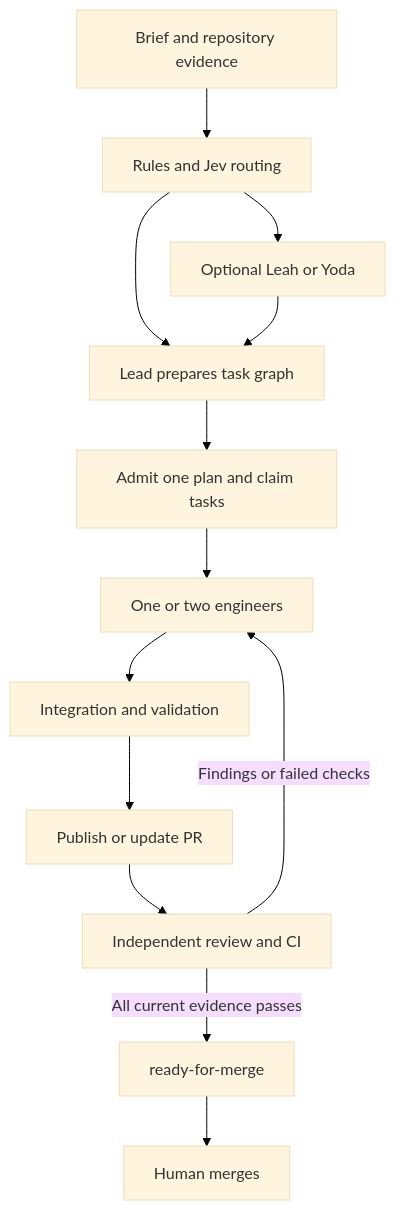
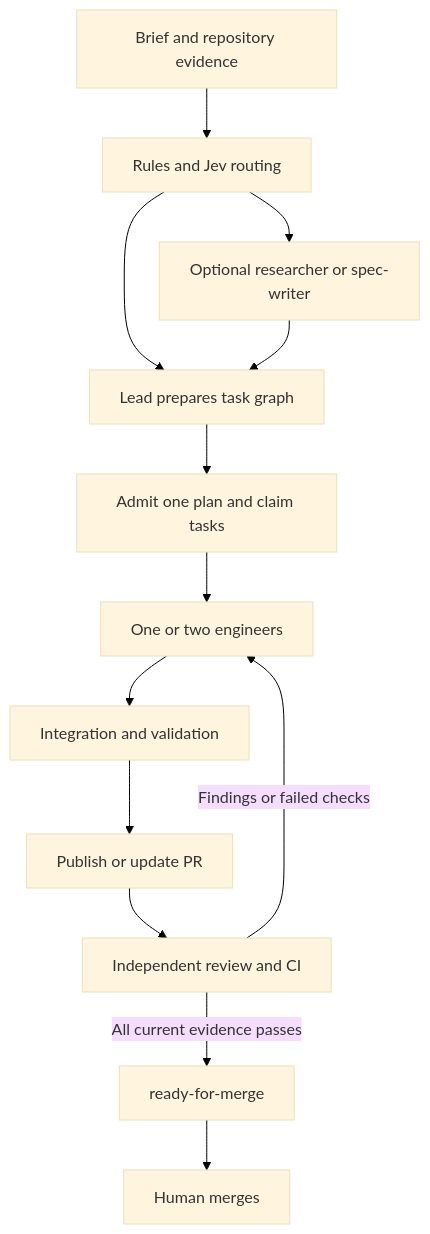
Before and after one commit to kigster/openlanes: the diagram in docs/software-factory-proposal.md, drawn with Mermaid. The commit also changed other lines of this file and 719 other files, not shown here.

````diff
--- a/docs/software-factory-proposal.md
+++ b/docs/software-factory-proposal.md
@@ -39,16 +39,16 @@
 ```mermaid
 %%{init: {"theme":"base","themeVariables":{"background":"#ffffff"},"flowchart":{"useMaxWidth":true},"themeCSS":"svg { background: #ffffff; max-width: 1000px; max-height: 600px; }"}}%%
 flowchart TB
   A[Brief and repository evidence] --> B[Rules and Jev routing]
   B --> C[Lead prepares task graph]
-  B --> O[Optional Leah or Yoda]
+  B --> O[Optional researcher or spec-writer]
   O --> C
   C --> D[Admit one plan and claim tasks]
   D --> E[One or two engineers]
   E --> F[Integration and validation]
   F --> G[Publish or update PR]
   G --> H[Independent review and CI]
   H -->|Findings or failed checks| E
   H -->|All current evidence passes| I[ready-for-merge]
   I --> J[Human merges]
 ```
````
